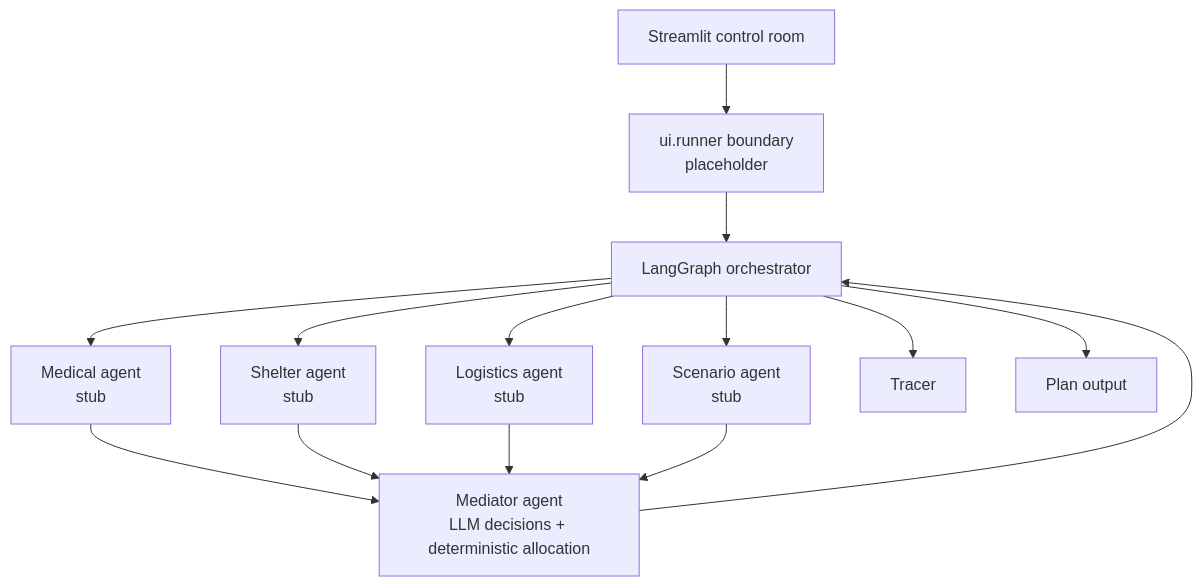
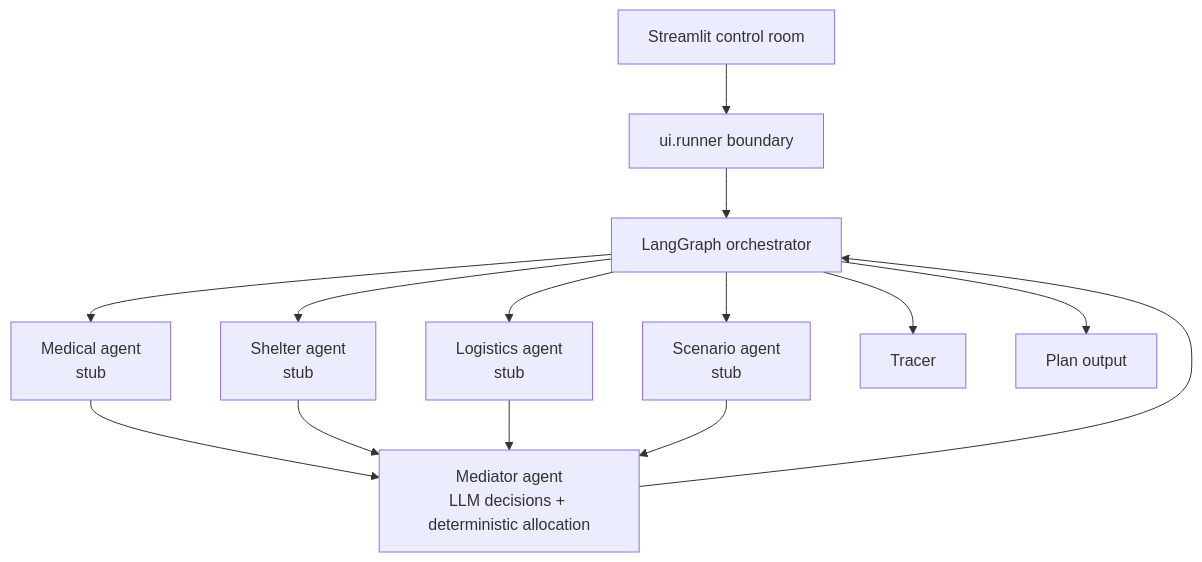
The first of 2 diagrams in docs/DESIGN.md (Sreenair-1/Disaster_Relief_Resource_Negotiator), drawn with Mermaid before and after one commit. The commit also changed other lines of this file and 4 other files, not shown here.

Commit message:
Connect Streamlit runner to negotiation graphs

````diff
--- a/docs/DESIGN.md
+++ b/docs/DESIGN.md
@@ -5,16 +5,16 @@
 ```mermaid
 flowchart TD
-  UI[Streamlit control room] --> R[ui.runner boundary<br/>placeholder]
+  UI[Streamlit control room] --> R[ui.runner boundary]
   R --> G[LangGraph orchestrator]
   G --> S[Scenario agent<br/>stub]
   G --> M[Medical agent<br/>stub]
   G --> H[Shelter agent<br/>stub]
   G --> L[Logistics agent<br/>stub]
   M --> X[Mediator agent<br/>LLM decisions + deterministic allocation]
   H --> X
   L --> X
   S --> X
   X --> G
   G --> T[Tracer]
   G --> O[Plan output]
 ```
````
